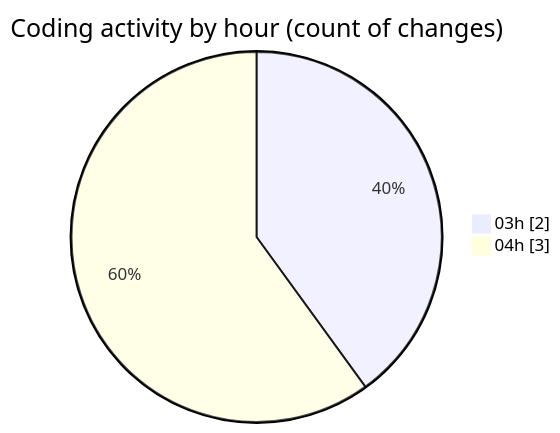
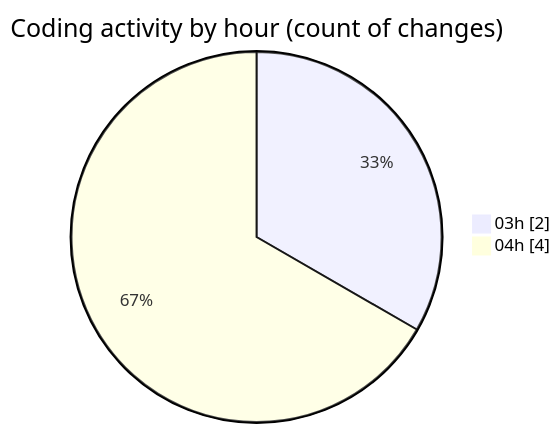
The second of 2 diagrams in 2026-02-07/singularitybrainai/README.md (tmsrecording-cyber/code-tracking), drawn with Mermaid before and after one commit. The commit also changed other lines of this file and 1 other file, not shown here.

````diff
--- a/2026-02-07/singularitybrainai/README.md
+++ b/2026-02-07/singularitybrainai/README.md
@@ -29,6 +29,6 @@
 ```mermaid
 pie showData
 title Coding activity by hour (count of changes)
 "03h" : 2
-"04h" : 3
+"04h" : 4
 ```
````
